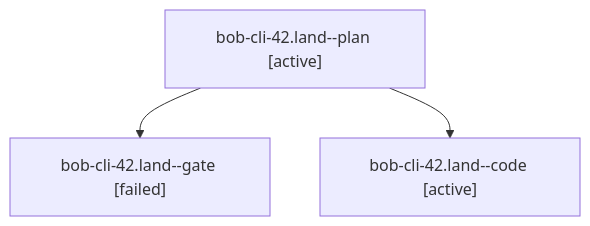
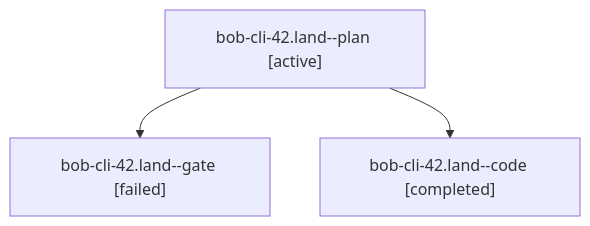
Before and after one commit to bobs-org/bob-cli--agents: the diagram in sessions/bbugyi200.apollo.bob-cli-42.land.md, drawn with Mermaid. The commit also changed other lines of this file and 34 other files, not shown here.

````diff
--- a/sessions/bbugyi200.apollo.bob-cli-42.land.md
+++ b/sessions/bbugyi200.apollo.bob-cli-42.land.md
@@ -9,8 +9,8 @@
 ```mermaid
 flowchart TD
   n0["bob-cli-42.land--plan [active]"]
   n1["bob-cli-42.land--gate [failed]"]
   n0 --> n1
-  n2["bob-cli-42.land--code [active]"]
+  n2["bob-cli-42.land--code [completed]"]
   n0 --> n2
 ```
````
